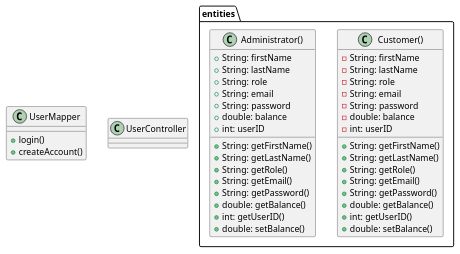
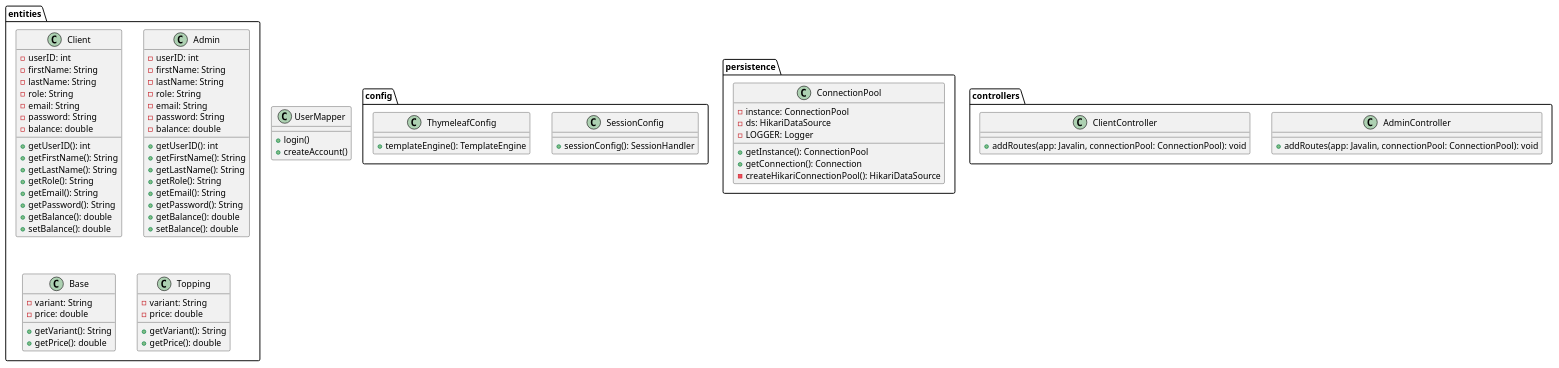
One commit to MathiasStenvall/CupCake-K changed the diagram in src/main/resources/UML/CupCake.puml. Above: the diagram before and after it, drawn with PlantUML. The commit also changed 3 other files, not shown here.

First line of the commit message:
1). Created a ClientController class (And added an addRoutes-method).

```diff
--- a/src/main/resources/UML/CupCake.puml
+++ b/src/main/resources/UML/CupCake.puml
@@ -1,51 +1,97 @@
 @startuml
 
-package entities{
-class Customer(){
-- String: firstName
-- String: lastName
-- String: role
-- String: email
-- String: password
-- double: balance
-- int: userID
+package entities {
+class Client {
+- userID: int
+- firstName: String
+- lastName: String
+- role: String
+- email: String
+- password: String
+- balance: double
 
-+ String: getFirstName()
-+ String: getLastName()
-+ String: getRole()
-+ String: getEmail()
-+ String: getPassword()
-+ double: getBalance()
-+ int: getUserID()
-+ double: setBalance()
++ getUserID(): int
++ getFirstName(): String
++ getLastName(): String
++ getRole(): String
++ getEmail(): String
++ getPassword(): String
++ getBalance(): double
++ setBalance(): double
 }
 
-class Administrator(){
-+ String: firstName
-+ String: lastName
-+ String: role
-+ String: email
-+ String: password
-+ double: balance
-+ int: userID
+class Admin {
+- userID: int
+- firstName: String
+- lastName: String
+- role: String
+- email: String
+- password: String
+- balance: double
 
-+ String: getFirstName()
-+ String: getLastName()
-+ String: getRole()
-+ String: getEmail()
-+ String: getPassword()
-+ double: getBalance()
-+ int: getUserID()
-+ double: setBalance()
++ getUserID(): int
++ getFirstName(): String
++ getLastName(): String
++ getRole(): String
++ getEmail(): String
++ getPassword(): String
++ getBalance(): double
++ setBalance(): double
+}
+
+class Base {
+- variant: String
+- price: double
+
++ getVariant(): String
++ getPrice(): double
+}
+
+class Topping {
+- variant: String
+- price: double
+
++ getVariant(): String
++ getPrice(): double
 }
 }
 
-class UserMapper{
+package config {
+class SessionConfig {
++ sessionConfig(): SessionHandler
+}
+
+class ThymeleafConfig {
++ templateEngine(): TemplateEngine
+}
+}
+
+package persistence {
+class ConnectionPool {
+- instance: ConnectionPool
+- ds: HikariDataSource
+- LOGGER: Logger
+
++ getInstance(): ConnectionPool
++ getConnection(): Connection
+- createHikariConnectionPool(): HikariDataSource
+}
+}
+
+class UserMapper {
 + login()
 + createAccount()
 }
 
-class UserController{
+package controllers {
+class AdminController {
++ addRoutes(app: Javalin, connectionPool: ConnectionPool): void
+}
+class ClientController{
++ addRoutes(app: Javalin, connectionPool: ConnectionPool): void
+}
 }
 
+
+
 @enduml
```
